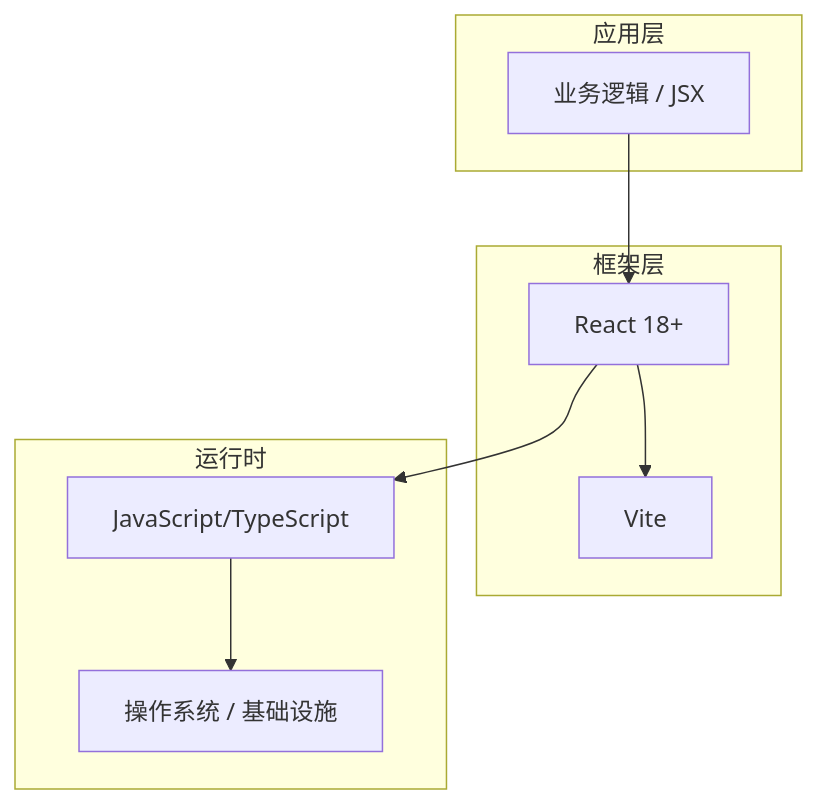
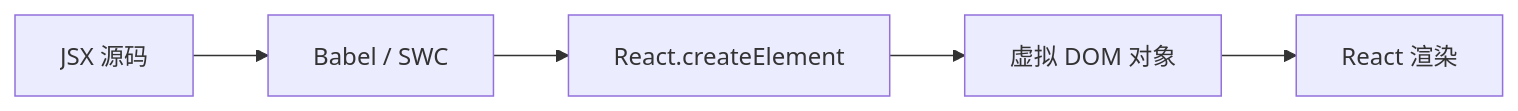
Before and after one commit to yanggan2015/knowledge-json-v2: the diagram in articles/React/chapters/013-JSX核心概念与原理.md, drawn with Mermaid. The commit also changed other lines of this file and 10127 other files, not shown here.

````diff
--- a/articles/React/chapters/013-JSX核心概念与原理.md
+++ b/articles/React/chapters/013-JSX核心概念与原理.md
@@ -45,18 +34,7 @@
 ```mermaid
-graph TB
-    subgraph 应用层
-        A[业务逻辑 / JSX]
-    end
-    subgraph 框架层
-        B[React 18+]
-        C[Vite]
-    end
-    subgraph 运行时
-        D[JavaScript/TypeScript]
-        E[操作系统 / 基础设施]
-    end
-    A --> B
-    B --> C
-    B --> D
-    D --> E
+flowchart LR
+    A[JSX 源码] --> B[Babel / SWC]
+    B --> C[React.createElement]
+    C --> D[虚拟 DOM 对象]
+    D --> E[React 渲染]
 ```
````
